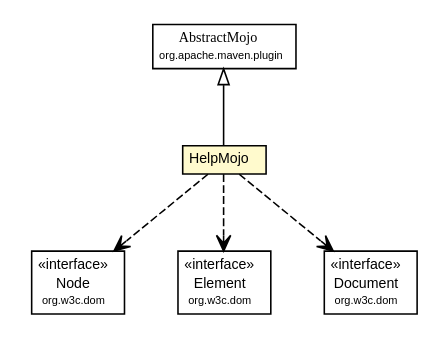
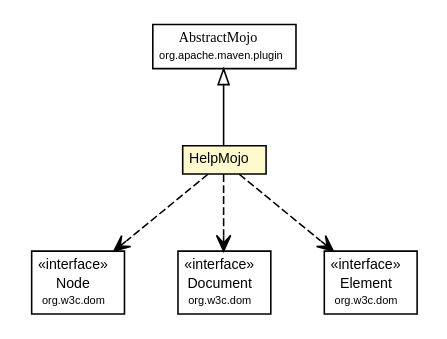
Before and after one commit to play1-maven-plugin/play1-maven-plugin.github.io: the diagram in play1-maven-plugin/1.0.0-beta8-SNAPSHOT/play-maven-plugin/apidocs/com/google/code/play/HelpMojo.dot, drawn with Graphviz. The commit also changed 314 other files, not shown here.

```diff
--- a/play1-maven-plugin/1.0.0-beta8-SNAPSHOT/play-maven-plugin/apidocs/com/google/code/play/HelpMojo.dot
+++ b/play1-maven-plugin/1.0.0-beta8-SNAPSHOT/play-maven-plugin/apidocs/com/google/code/play/HelpMojo.dot
@@ -1,57 +1,57 @@
 #!/usr/local/bin/dot
 #
 # Class diagram 
 # Generated by UMLGraph version R5_6-24-gf6e263 (http://www.umlgraph.org/)
 #
 
 digraph G {
 	edge [fontname="arial",fontsize=10,labelfontname="arial",labelfontsize=10];
 	node [fontname="arial",fontsize=10,shape=plaintext];
 	nodesep=0.25;
 	ranksep=0.5;
 	// com.google.code.play.HelpMojo
 	c602 [label=<<table title="com.google.code.play.HelpMojo" border="0" cellborder="1" cellspacing="0" cellpadding="2" port="p" bgcolor="lemonChiffon" href="./HelpMojo.html">
 		<tr><td><table border="0" cellspacing="0" cellpadding="1">
 <tr><td align="center" balign="center"> HelpMojo </td></tr>
 		</table></td></tr>
 		</table>>, URL="./HelpMojo.html", fontname="arial", fontcolor="black", fontsize=9.0];
 	//com.google.code.play.HelpMojo extends org.apache.maven.plugin.AbstractMojo
 	c635:p -> c602:p [dir=back,arrowtail=empty];
 	// com.google.code.play.HelpMojo DEPEND org.w3c.dom.Node
 	c602:p -> c636:p [taillabel="", label="", headlabel="", fontname="arial", fontcolor="black", fontsize=10.0, color="black", arrowhead=open, style=dashed];
+	// com.google.code.play.HelpMojo DEPEND org.w3c.dom.Document
+	c602:p -> c637:p [taillabel="", label="", headlabel="", fontname="arial", fontcolor="black", fontsize=10.0, color="black", arrowhead=open, style=dashed];
 	// com.google.code.play.HelpMojo DEPEND org.w3c.dom.Element
-	c602:p -> c637:p [taillabel="", label="", headlabel="", fontname="arial", fontcolor="black", fontsize=10.0, color="black", arrowhead=open, style=dashed];
-	// com.google.code.play.HelpMojo DEPEND org.w3c.dom.Document
 	c602:p -> c638:p [taillabel="", label="", headlabel="", fontname="arial", fontcolor="black", fontsize=10.0, color="black", arrowhead=open, style=dashed];
 	// org.w3c.dom.Document
-	c638 [label=<<table title="org.w3c.dom.Document" border="0" cellborder="1" cellspacing="0" cellpadding="2" port="p" href="http://download.oracle.com/javase/5/docs/api/org/w3c/dom/Document.html">
+	c637 [label=<<table title="org.w3c.dom.Document" border="0" cellborder="1" cellspacing="0" cellpadding="2" port="p" href="http://download.oracle.com/javase/5/docs/api/org/w3c/dom/Document.html">
 		<tr><td><table border="0" cellspacing="0" cellpadding="1">
 <tr><td align="center" balign="center"> &#171;interface&#187; </td></tr>
 <tr><td align="center" balign="center"> Document </td></tr>
 <tr><td align="center" balign="center"><font point-size="7.0"> org.w3c.dom </font></td></tr>
 		</table></td></tr>
 		</table>>, URL="http://download.oracle.com/javase/5/docs/api/org/w3c/dom/Document.html", fontname="arial", fontcolor="black", fontsize=9.0];
 	// org.w3c.dom.Node
 	c636 [label=<<table title="org.w3c.dom.Node" border="0" cellborder="1" cellspacing="0" cellpadding="2" port="p" href="http://download.oracle.com/javase/5/docs/api/org/w3c/dom/Node.html">
 		<tr><td><table border="0" cellspacing="0" cellpadding="1">
 <tr><td align="center" balign="center"> &#171;interface&#187; </td></tr>
 <tr><td align="center" balign="center"> Node </td></tr>
 <tr><td align="center" balign="center"><font point-size="7.0"> org.w3c.dom </font></td></tr>
 		</table></td></tr>
 		</table>>, URL="http://download.oracle.com/javase/5/docs/api/org/w3c/dom/Node.html", fontname="arial", fontcolor="black", fontsize=9.0];
 	// org.w3c.dom.Element
-	c637 [label=<<table title="org.w3c.dom.Element" border="0" cellborder="1" cellspacing="0" cellpadding="2" port="p" href="http://download.oracle.com/javase/5/docs/api/org/w3c/dom/Element.html">
+	c638 [label=<<table title="org.w3c.dom.Element" border="0" cellborder="1" cellspacing="0" cellpadding="2" port="p" href="http://download.oracle.com/javase/5/docs/api/org/w3c/dom/Element.html">
 		<tr><td><table border="0" cellspacing="0" cellpadding="1">
 <tr><td align="center" balign="center"> &#171;interface&#187; </td></tr>
 <tr><td align="center" balign="center"> Element </td></tr>
 <tr><td align="center" balign="center"><font point-size="7.0"> org.w3c.dom </font></td></tr>
 		</table></td></tr>
 		</table>>, URL="http://download.oracle.com/javase/5/docs/api/org/w3c/dom/Element.html", fontname="arial", fontcolor="black", fontsize=9.0];
 	// org.apache.maven.plugin.AbstractMojo
 	c635 [label=<<table title="org.apache.maven.plugin.AbstractMojo" border="0" cellborder="1" cellspacing="0" cellpadding="2" port="p" href="http://maven.apache.org/ref/2.2.1/maven-plugin-api/apidocs/org/apache/maven/plugin/AbstractMojo.html">
 		<tr><td><table border="0" cellspacing="0" cellpadding="1">
 <tr><td align="center" balign="center"><font face="arial italic"> AbstractMojo </font></td></tr>
 <tr><td align="center" balign="center"><font point-size="7.0"> org.apache.maven.plugin </font></td></tr>
 		</table></td></tr>
 		</table>>, URL="http://maven.apache.org/ref/2.2.1/maven-plugin-api/apidocs/org/apache/maven/plugin/AbstractMojo.html", fontname="arial", fontcolor="black", fontsize=9.0];
 }
```
